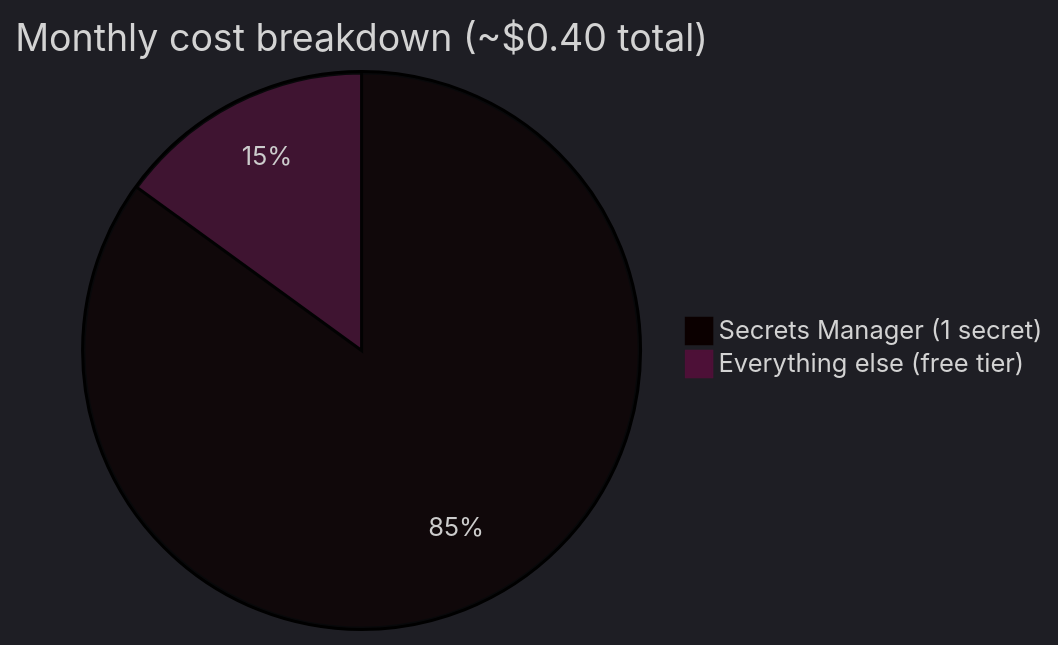
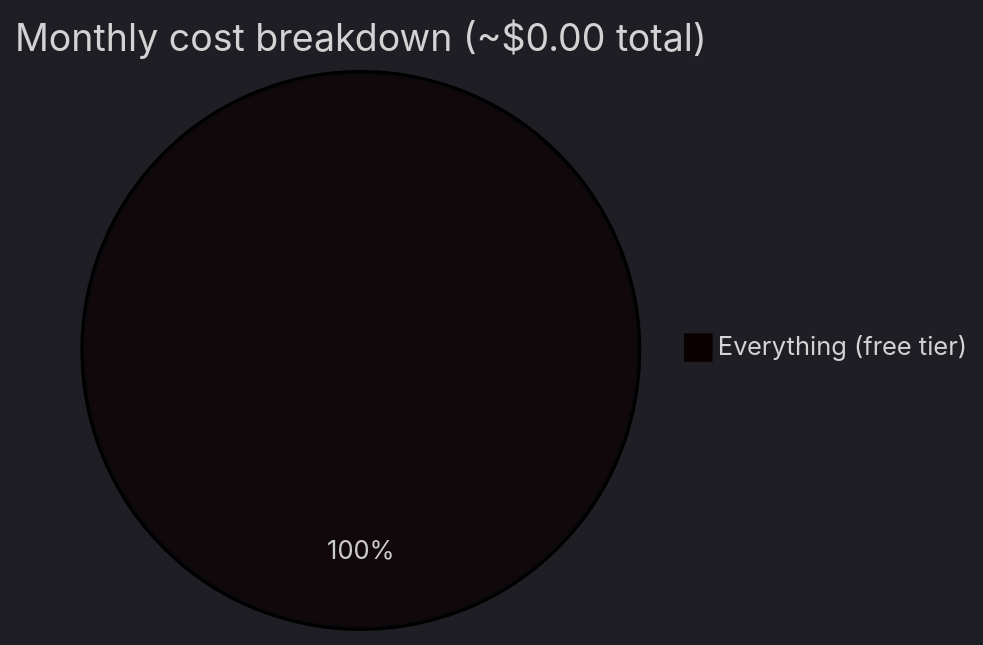
One commit to baldrickuk/washingmachine-notifications changed the fourth of 6 diagrams in docs/well-architected-review.md. Above: the diagram before and after it, drawn with Mermaid. The commit also changed other lines of this file and 4 other files, not shown here.

First line of the commit message:
refactor: migrate secrets from Secrets Manager to SSM Parameter Store

````diff
--- a/docs/well-architected-review.md
+++ b/docs/well-architected-review.md
@@ -212,7 +212,6 @@
 ```mermaid
 %%{init: {'theme': 'dark', 'themeVariables': {'primaryColor': '#1e3a5f', 'primaryTextColor': '#c9d1d9', 'primaryBorderColor': '#4a7ab5', 'lineColor': '#58a6ff'}}}%%
 
-pie title Monthly cost breakdown (~$0.40 total)
-    "Secrets Manager (1 secret)" : 85
-    "Everything else (free tier)" : 15
+pie title Monthly cost breakdown (~$0.00 total)
+    "Everything (free tier)" : 100
 ```
````
